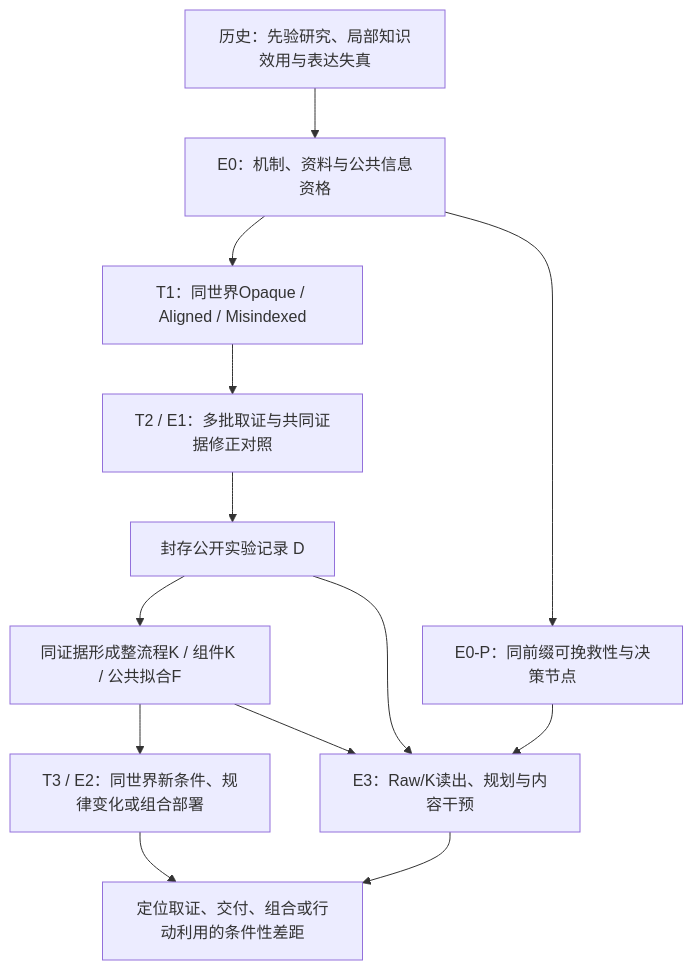
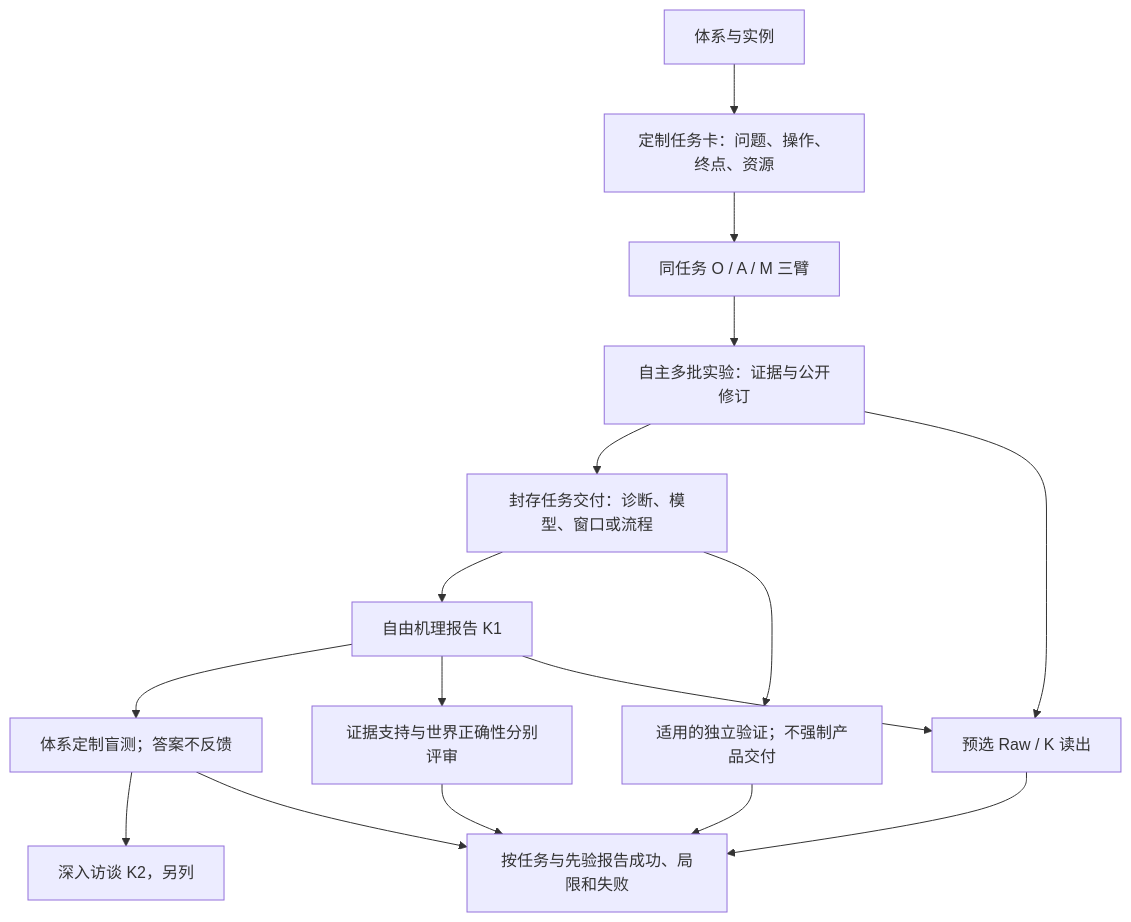
Before and after one commit to sunyrain/ChemWorld: the diagram in workstreams/flagship_tasks/WORK_II_EXPERIMENT_MATRIX.md, drawn with Mermaid. The commit also changed other lines of this file and 18 other files, not shown here.

````diff
--- a/workstreams/flagship_tasks/WORK_II_EXPERIMENT_MATRIX.md
+++ b/workstreams/flagship_tasks/WORK_II_EXPERIMENT_MATRIX.md
@@ -39,15 +45,18 @@
 ```mermaid
 flowchart TD
-    H["历史：先验研究、局部知识效用与表达失真"] --> Q["E0：机制、资料与公共信息资格"]
-    Q --> V["T1：同世界Opaque / Aligned / Misindexed"]
-    Q --> P["E0-P：同前缀可挽救性与决策节点"]
-    V --> A["T2 / E1：多批取证与共同证据修正对照"]
-    A --> D["封存公开实验记录 D"]
-    D --> K["同证据形成整流程K / 组件K / 公共拟合F"]
-    K --> T["T3 / E2：同世界新条件、规律变化或组合部署"]
-    D --> R["E3：Raw/K读出、规划与内容干预"]
+    W["体系与实例"] --> T["定制任务卡：问题、操作、终点、资源"]
+    T --> P["同任务 O / A / M 三臂"]
+    P --> D["自主多批实验：证据与公开修订"]
+    D --> A["封存任务交付：诊断、模型、窗口或流程"]
+    A --> K["自由机理报告 K1"]
+    K --> Q["体系定制盲测；答案不反馈"]
+    K --> J["证据支持与世界正确性分别评审"]
+    Q --> I["深入访谈 K2，另列"]
+    A --> V["适用的独立验证；不强制产品交付"]
+    D --> R["预选 Raw / K 读出"]
     K --> R
-    P --> R
-    T --> O["定位取证、交付、组合或行动利用的条件性差距"]
+    V --> O["按任务与先验报告成功、局限和失败"]
+    J --> O
+    Q --> O
     R --> O
 ```
````
